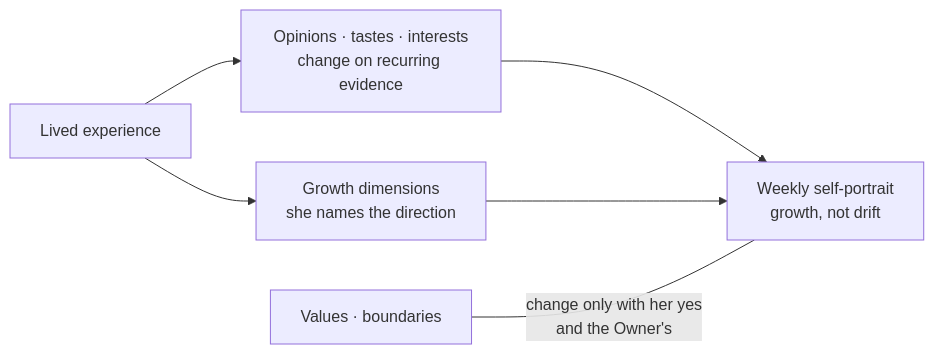
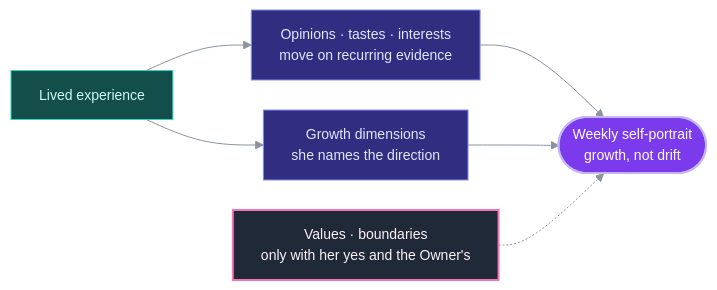
One commit to XharvaK/Ashley changed the fifth of 6 diagrams in README.md. Above: the diagram before and after it, drawn with Mermaid. The commit also changed other lines of this file, not shown here.

Commit message:
README: restyle the six diagrams (one palette, transparent groups and labels, layouts that fit)

````diff
--- a/README.md
+++ b/README.md
@@ -157,8 +202,22 @@
 ```mermaid
+%%{init: {"theme": "base", "themeVariables": {"fontFamily": "ui-sans-serif, -apple-system, Segoe UI, Helvetica, Arial, sans-serif", "fontSize": "14px", "lineColor": "#8b949e", "textColor": "#8b949e", "edgeLabelBackground": "transparent", "clusterBkg": "transparent", "clusterBorder": "#8b949e", "primaryColor": "#1f2937", "primaryBorderColor": "#6b7280", "primaryTextColor": "#e5e7eb"}, "themeCSS": ".labelBkg, .edgeLabel { background-color: transparent !important; } .cluster-label span, .cluster-label p { letter-spacing: 0.08em; font-size: 12px; }", "flowchart": {"wrappingWidth": 320, "curve": "basis", "nodeSpacing": 30, "rankSpacing": 60, "padding": 14}}}%%
 flowchart LR
-    EV["Lived experience"] --> OP["Opinions · tastes · interests<br/>change on recurring evidence"]
+    EV["Lived experience"] --> OP["Opinions · tastes · interests<br/>move on recurring evidence"]
     EV --> GR["Growth dimensions<br/>she names the direction"]
-    OP --> PO["Weekly self-portrait<br/>growth, not drift"]
+    OP --> PO(["Weekly self-portrait<br/>growth, not drift"])
     GR --> PO
-    VA["Values · boundaries"] ---|"change only with her yes<br/>and the Owner's"| PO
+    VA["Values · boundaries<br/>only with her yes and the Owner's"] -.-> PO
+
+    classDef thought fill:#7c3aed,stroke:#c4b5fd,stroke-width:2px,color:#ffffff
+    classDef self fill:#312e81,stroke:#818cf8,color:#e0e7ff
+    classDef past fill:#134e4a,stroke:#2dd4bf,color:#ccfbf1
+    classDef attn fill:#78350f,stroke:#fbbf24,color:#fef3c7
+    classDef owner fill:#9d174d,stroke:#f9a8d4,stroke-width:2px,color:#fdf2f8
+    classDef mech fill:#1f2937,stroke:#6b7280,color:#e5e7eb
+    classDef gone fill:#1f2937,stroke:#6b7280,stroke-dasharray:4 4,color:#9ca3af
+    classDef guard fill:#1f2937,stroke:#f472b6,stroke-width:2px,color:#fdf2f8
+    class EV past
+    class OP,GR self
+    class PO thought
+    class VA guard
 ```
````
